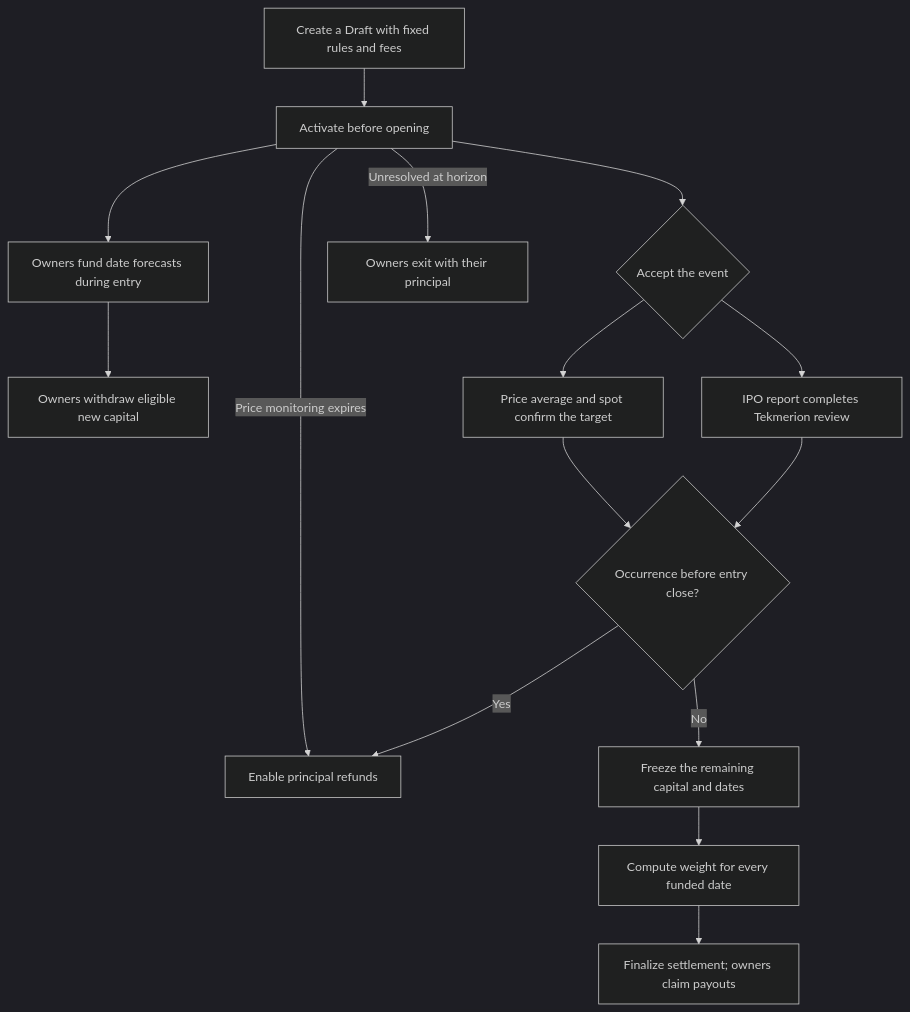
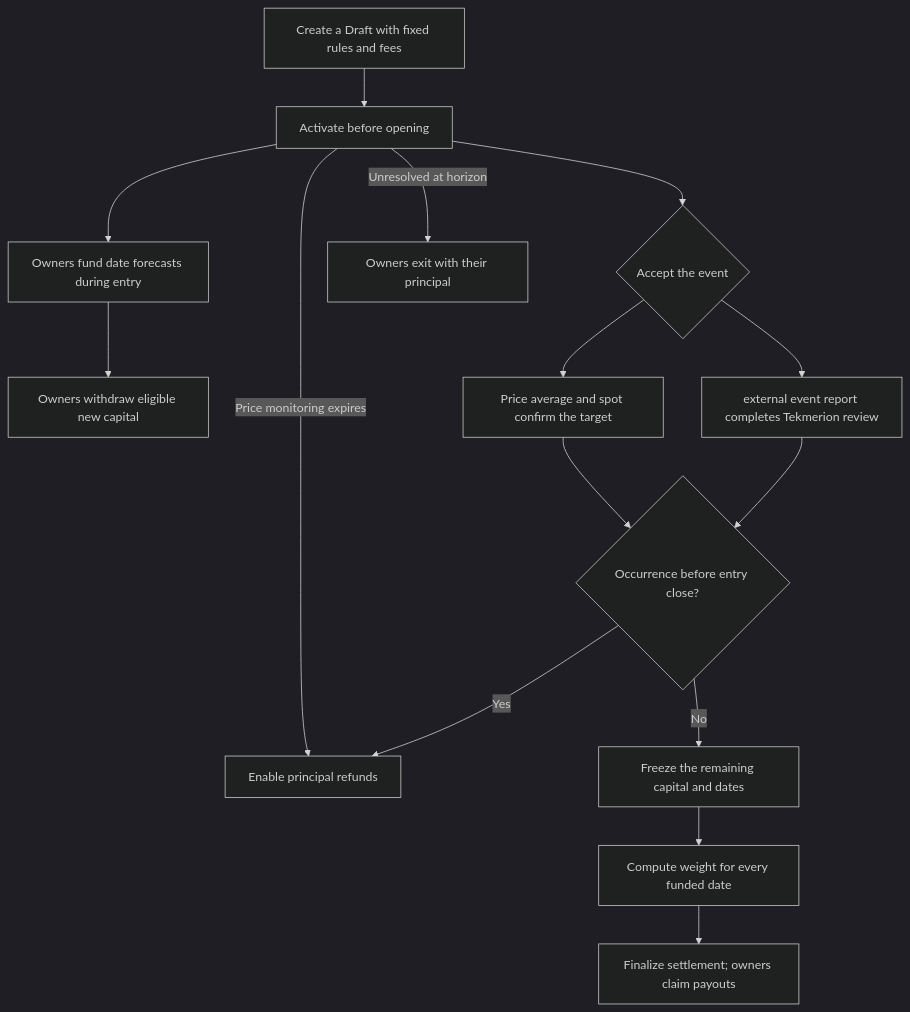
Before and after one commit to binqbit/manteon: the first of 6 diagrams in docs/how-it-works.md, drawn with Mermaid (dark theme). The commit also changed other lines of this file and 33 other files, not shown here.

First line of the commit message:
Generalize company IPO markets to external events

````diff
--- a/docs/how-it-works.md
+++ b/docs/how-it-works.md
@@ -10,17 +10,17 @@
 ```mermaid
 flowchart TD
     Draft["Create a Draft with fixed rules and fees"] --> Active["Activate before opening"]
     Active --> Entry["Owners fund date forecasts during entry"]
     Entry --> Withdrawal["Owners withdraw eligible new capital"]
     Active --> Event{"Accept the event"}
-    Event --> IPO["IPO report completes Tekmerion review"]
+    Event --> External["external event report completes Tekmerion review"]
     Event --> Price["Price average and spot confirm the target"]
-    IPO --> Timing{"Occurrence before entry close?"}
+    External --> Timing{"Occurrence before entry close?"}
     Price --> Timing
     Timing -->|Yes| Refund["Enable principal refunds"]
     Timing -->|No| Freeze["Freeze the remaining capital and dates"]
     Freeze --> Process["Compute weight for every funded date"]
     Process --> Claims["Finalize settlement; owners claim payouts"]
     Active -->|"Unresolved at horizon"| Exit["Owners exit with their principal"]
     Active -->|"Price monitoring expires"| Refund
 ```
````
